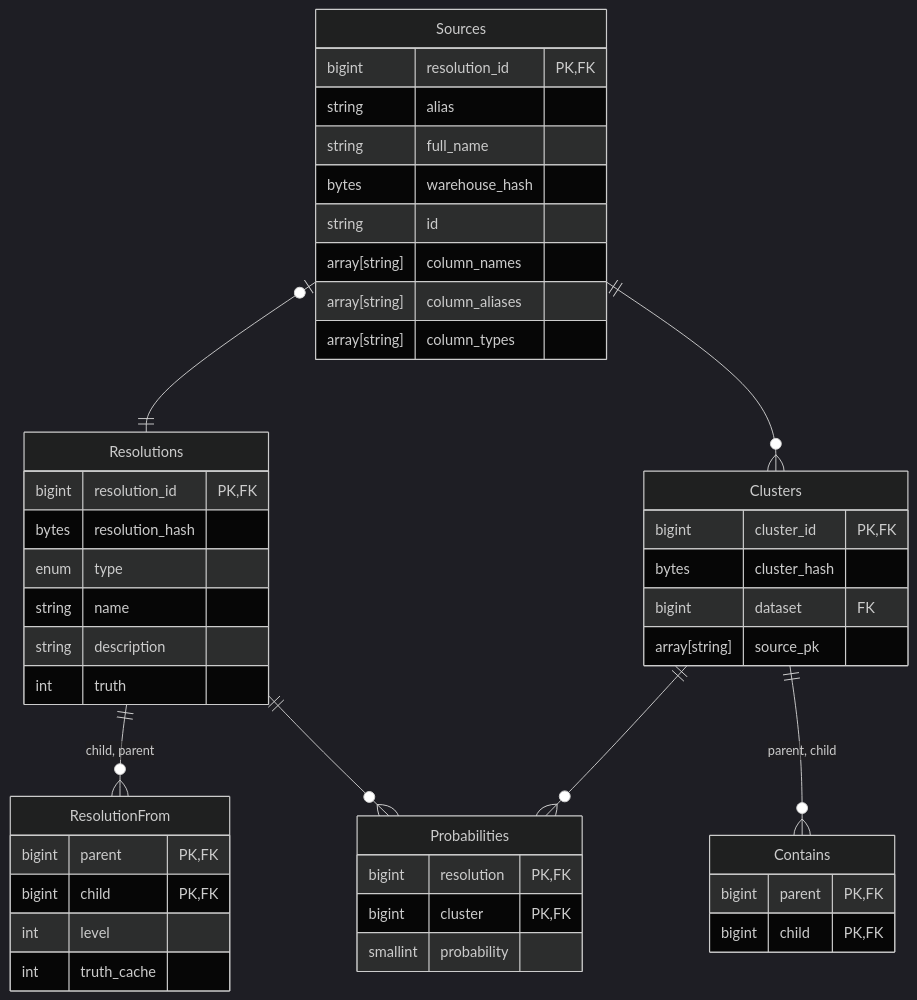
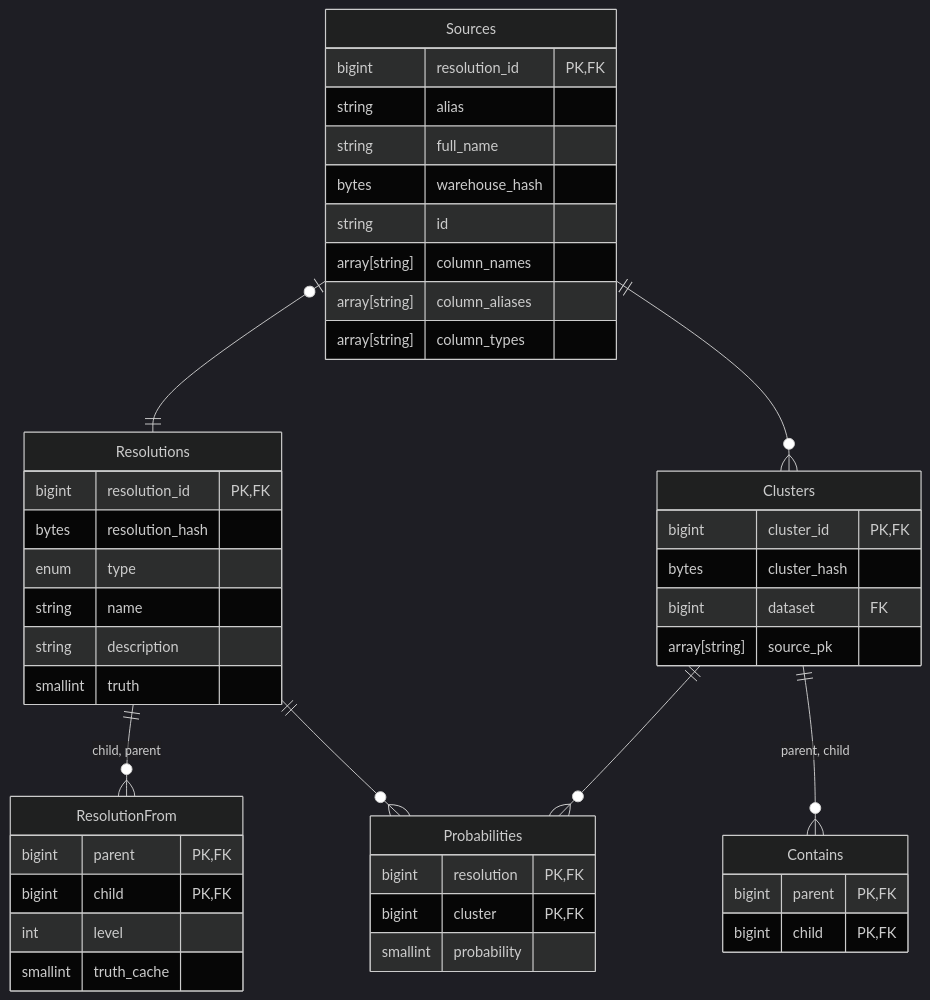
The diagram in src/matchbox/server/postgresql/README.md (will-langdale/matchbox), drawn with Mermaid (dark theme) before and after one commit. The commit also changed 8 other files, not shown here.

````diff
--- a/src/matchbox/server/postgresql/README.md
+++ b/src/matchbox/server/postgresql/README.md
@@ -14,49 +14,49 @@
 ```mermaid
 erDiagram
     Sources {
         bigint resolution_id PK,FK
         string alias
         string full_name
         bytes warehouse_hash
         string id
         array[string] column_names
         array[string] column_aliases
         array[string] column_types
     }
     Clusters {
         bigint cluster_id PK,FK
         bytes cluster_hash
         bigint dataset FK
         array[string] source_pk
     }
     Contains {
         bigint parent PK,FK
         bigint child PK,FK
     }
     Probabilities {
         bigint resolution PK,FK
         bigint cluster PK,FK
         smallint probability
     }
     Resolutions {
         bigint resolution_id PK,FK
         bytes resolution_hash
         enum type
         string name
         string description
-        int truth
+        smallint truth
     }
     ResolutionFrom {
         bigint parent PK,FK
         bigint child PK,FK
         int level
-        int truth_cache
+        smallint truth_cache
     }
 
     Sources |o--|| Resolutions : ""
     Sources ||--o{ Clusters : ""
     Clusters ||--o{ Contains : "parent, child"
     Clusters ||--o{ Probabilities : ""
     Resolutions ||--o{ Probabilities : ""
     Resolutions ||--o{ ResolutionFrom : "child, parent"
 ```
````
